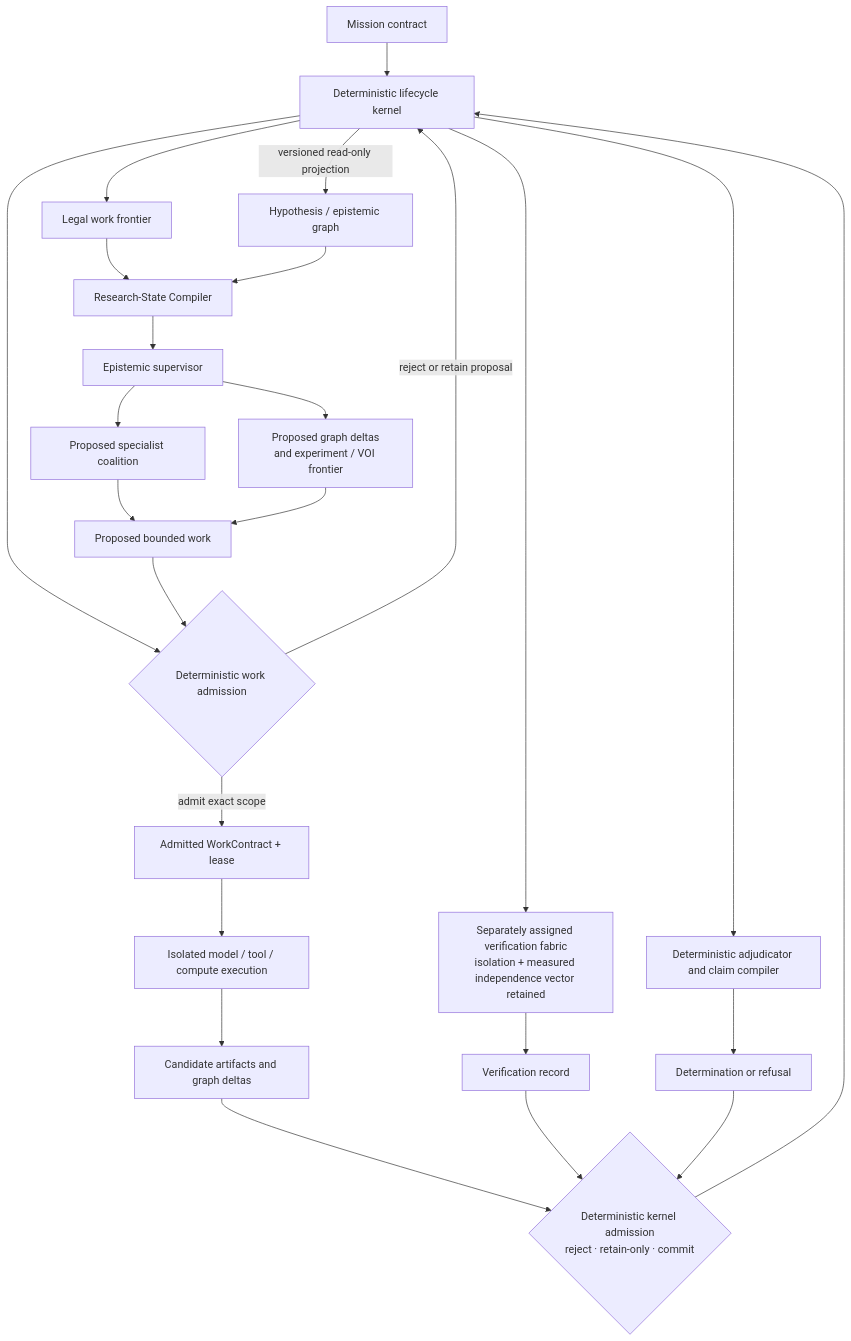
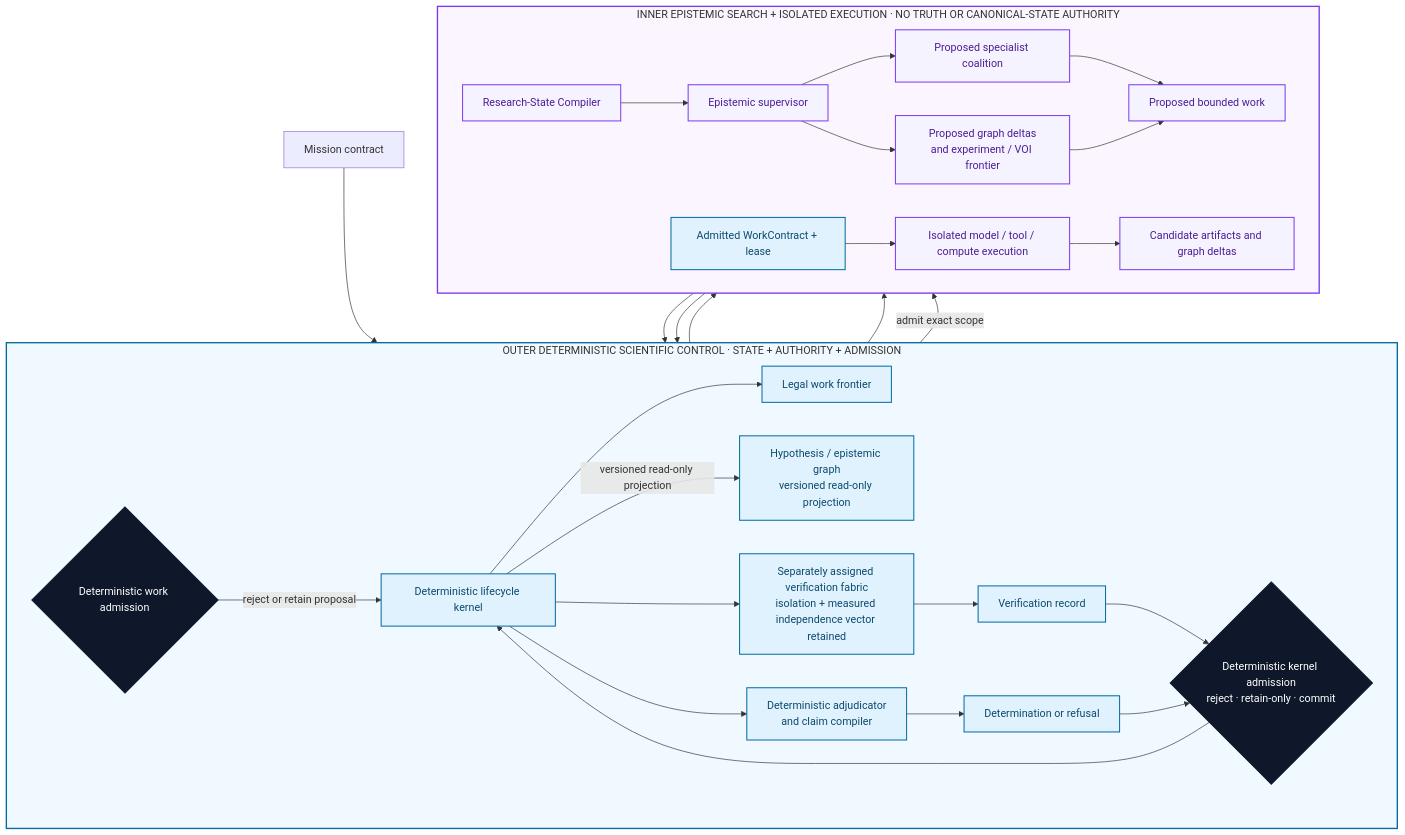
One commit to manfromnowhere143/odeya changed the diagram in docs/COGNITIVE_ARCHITECTURE.md. Above: the diagram before and after it, drawn with Mermaid. The commit also changed 21 other files, not shown here.

Commit message:
architecture: gate frontier research value claims

````diff
--- a/docs/COGNITIVE_ARCHITECTURE.md
+++ b/docs/COGNITIVE_ARCHITECTURE.md
@@ -14,27 +14,61 @@
 ```mermaid
 flowchart TB
-    M[Mission contract] --> K[Deterministic lifecycle kernel]
-    K --> F[Legal work frontier]
-    K -->|versioned read-only projection| G[Hypothesis / epistemic graph]
-    F --> C[Research-State Compiler]
+    accTitle: Odeya dual-loop cognitive control architecture
+    accDescr: A deterministic outer loop owns mission state, work admission, verification, and adjudication. An inner model-driven loop compiles bounded state, proposes work, executes in isolation, and returns candidate artifacts to deterministic admission without truth or canonical-state authority.
+
+    M["Mission contract"]
+
+    subgraph OUTER["OUTER DETERMINISTIC SCIENTIFIC CONTROL · STATE + AUTHORITY + ADMISSION"]
+        direction LR
+        K["Deterministic lifecycle kernel"]
+        F["Legal work frontier"]
+        G["Hypothesis / epistemic graph<br/>versioned read-only projection"]
+        WA{"Deterministic work admission"}
+        N{"Deterministic kernel admission<br/>reject · retain-only · commit"}
+        V["Separately assigned verification fabric<br/>isolation + measured independence vector retained"]
+        VR["Verification record"]
+        D["Deterministic adjudicator<br/>and claim compiler"]
+        DR["Determination or refusal"]
+
+        K --> F
+        K -->|versioned read-only projection| G
+        WA -->|reject or retain proposal| K
+        N --> K
+        K --> V --> VR --> N
+        K --> D --> DR --> N
+    end
+
+    subgraph INNER["INNER EPISTEMIC SEARCH + ISOLATED EXECUTION · NO TRUTH OR CANONICAL-STATE AUTHORITY"]
+        direction LR
+        C["Research-State Compiler"]
+        S["Epistemic supervisor"]
+        Q["Proposed specialist coalition"]
+        P["Proposed graph deltas<br/>and experiment / VOI frontier"]
+        WP["Proposed bounded work"]
+        WC["Admitted WorkContract + lease"]
+        R["Isolated model / tool / compute execution"]
+        A["Candidate artifacts and graph deltas"]
+
+        C --> S
+        S --> Q --> WP
+        S --> P --> WP
+        WC --> R --> A
+    end
+
+    M --> K
+    F --> C
     G --> C
-    C --> S[Epistemic supervisor]
-    S --> Q[Proposed specialist coalition]
-    S --> P[Proposed graph deltas<br/>and experiment / VOI frontier]
-    Q --> WP[Proposed bounded work]
-    P --> WP
-    K --> WA{Deterministic work admission}
     WP --> WA
-    WA -->|admit exact scope| WC[Admitted WorkContract + lease]
-    WA -->|reject or retain proposal| K
-    WC --> R[Isolated model / tool / compute execution]
-    R --> A[Candidate artifacts and graph deltas]
-    A --> N{Deterministic kernel admission<br/>reject · retain-only · commit}
-    N --> K
-    K --> V[Separately assigned verification fabric<br/>isolation + measured independence vector retained]
-    V --> VR[Verification record]
-    VR --> N
-    K --> D[Deterministic adjudicator and claim compiler]
-    D --> DR[Determination or refusal]
-    DR --> N
+    WA -->|admit exact scope| WC
+    A --> N
+    OUTER ~~~ INNER
+
+    classDef deterministic fill:#E0F2FE,stroke:#0369A1,stroke-width:1.5px,color:#0C4A6E
+    classDef model fill:#F5F3FF,stroke:#7C3AED,stroke-width:1.5px,color:#4C1D95
+    classDef gate fill:#0F172A,stroke:#0F172A,stroke-width:1.5px,color:#FFFFFF
+    class K,F,G,V,VR,D,DR,WC deterministic
+    class C,S,Q,P,WP,R,A model
+    class WA,N gate
+    style OUTER fill:#F0F9FF,stroke:#0369A1,stroke-width:2px
+    style INNER fill:#FAF5FF,stroke:#7C3AED,stroke-width:2px
 ```
````
